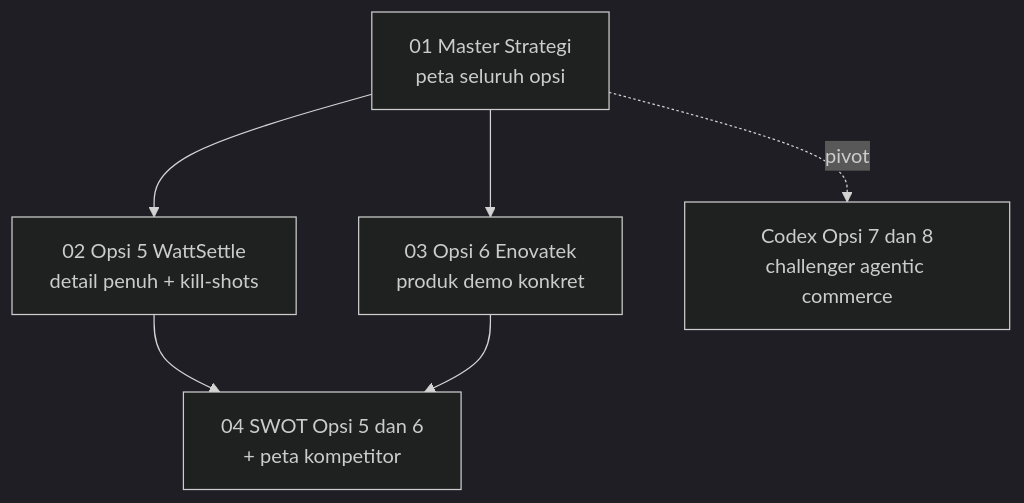
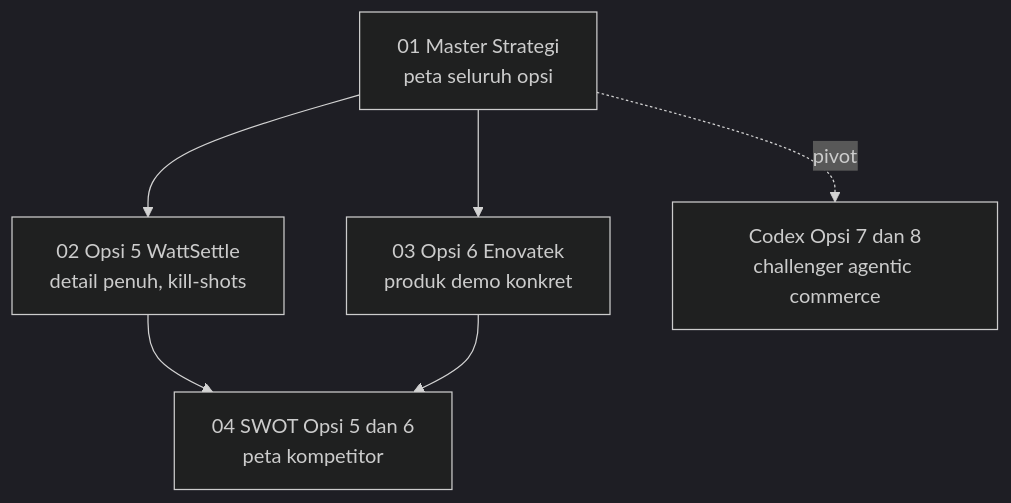
One commit to GifariKemal/wattsettle changed the diagram in docs/README.md. Above: the diagram before and after it, drawn with Mermaid (dark theme). The commit also changed other lines of this file and 10 other files, not shown here.

First line of the commit message:
docs: badge shields.io di semua doc + perbaiki mermaid agar render di GitHub

````diff
--- a/docs/README.md
+++ b/docs/README.md
@@ -23,8 +19,8 @@
 ```mermaid
 flowchart TD
-  A["01 Master Strategi<br/>peta seluruh opsi"] --> B["02 Opsi 5 WattSettle<br/>detail penuh + kill-shots"]
-  A --> C["03 Opsi 6 Enovatek<br/>produk demo konkret"]
-  B --> D["04 SWOT Opsi 5 dan 6<br/>+ peta kompetitor"]
+  A["01 Master Strategi<br>peta seluruh opsi"] --> B["02 Opsi 5 WattSettle<br>detail penuh, kill-shots"]
+  A --> C["03 Opsi 6 Enovatek<br>produk demo konkret"]
+  B --> D["04 SWOT Opsi 5 dan 6<br>peta kompetitor"]
   C --> D
-  A -.pivot.-> E["Codex Opsi 7 dan 8<br/>challenger agentic commerce"]
+  A -.pivot.-> E["Codex Opsi 7 dan 8<br>challenger agentic commerce"]
 ```
````
